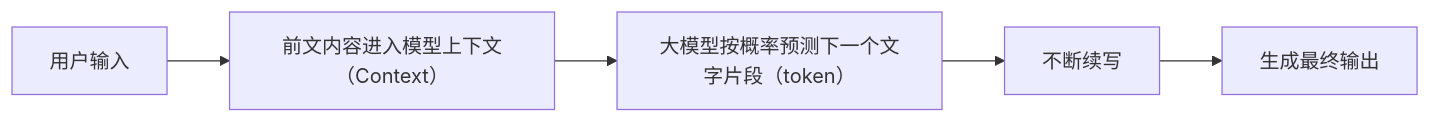
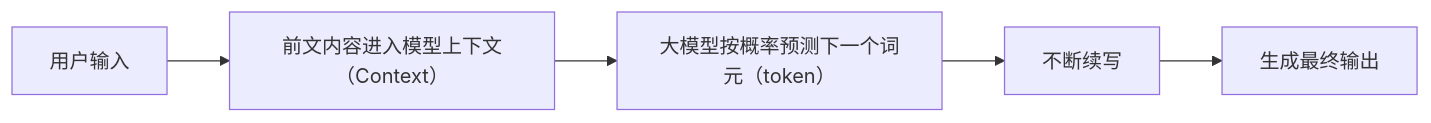
The diagram in docs/01-什么是大模型.md (mfkyddh/ZZZ-Simple-AI), drawn with Mermaid before and after one commit. The commit also changed other lines of this file and 9 other files, not shown here.

````diff
--- a/docs/01-什么是大模型.md
+++ b/docs/01-什么是大模型.md
@@ -48,7 +53,7 @@
 ```mermaid
 flowchart LR
     A["用户输入"] --> B["前文内容进入模型上下文（Context）"]
-    B --> C["大模型按概率预测下一个文字片段（token）"]
+    B --> C["大模型按概率预测下一个词元（token）"]
     C --> D["不断续写"]
     D --> E["生成最终输出"]
 ```
````
